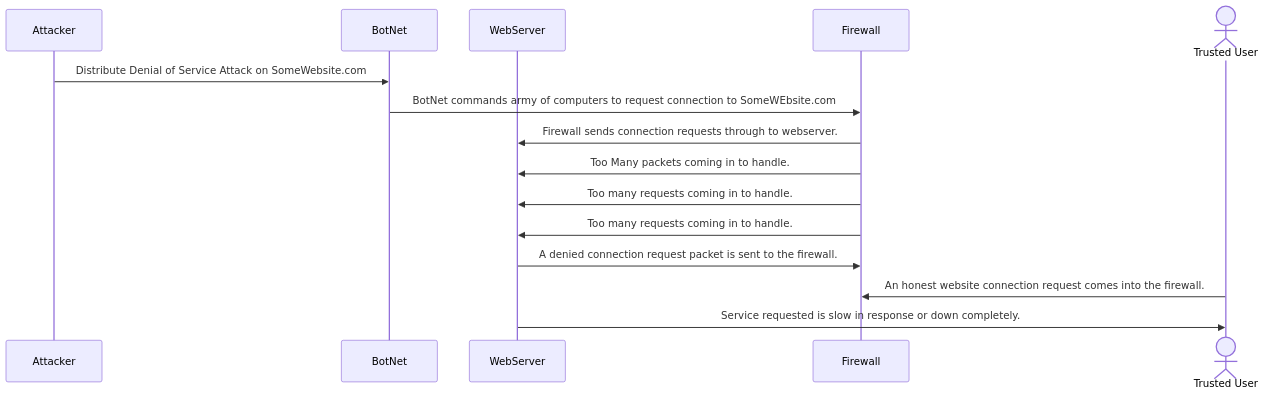
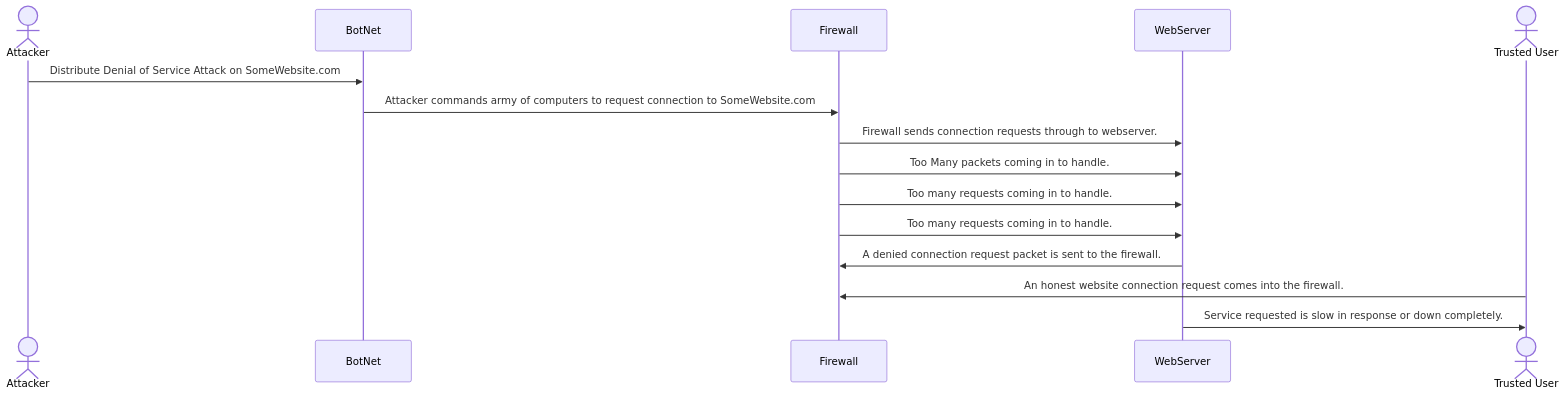
Before and after one commit to Langston6954/Langston6954.github.io: the diagram in DDoS_Attack_Sequence.md, drawn with Mermaid.

Commit message:
Update DDoS_Attack_Sequence.md
Updated.

````diff
--- a/DDoS_Attack_Sequence.md
+++ b/DDoS_Attack_Sequence.md
@@ -1,25 +1,25 @@
 ```mermaid
 sequenceDiagram
-  participant Attacker
+  actor Attacker
   participant BotNet
+  participant Firewall
   participant WebServer
-  participant Firewall
   actor Trusted User
   Attacker->>BotNet: Distribute Denial of Service Attack on SomeWebsite.com
-  BotNet->>Firewall: BotNet commands army of computers to request connection to SomeWEbsite.com
+  BotNet->>Firewall: Attacker commands army of computers to request connection to SomeWebsite.com
   Firewall->>WebServer: Firewall sends connection requests through to webserver.
   Firewall->>WebServer: Too Many packets coming in to handle.
   Firewall->>WebServer: Too many requests coming in to handle.
   Firewall->>WebServer: Too many requests coming in to handle.
   WebServer->>Firewall: A denied connection request packet is sent to the firewall.
   Trusted User->>Firewall: An honest website connection request comes into the firewall.
   WebServer->>Trusted User: Service requested is slow in response or down completely.
 
 
 
 
 
 
 
 
 ```
````
